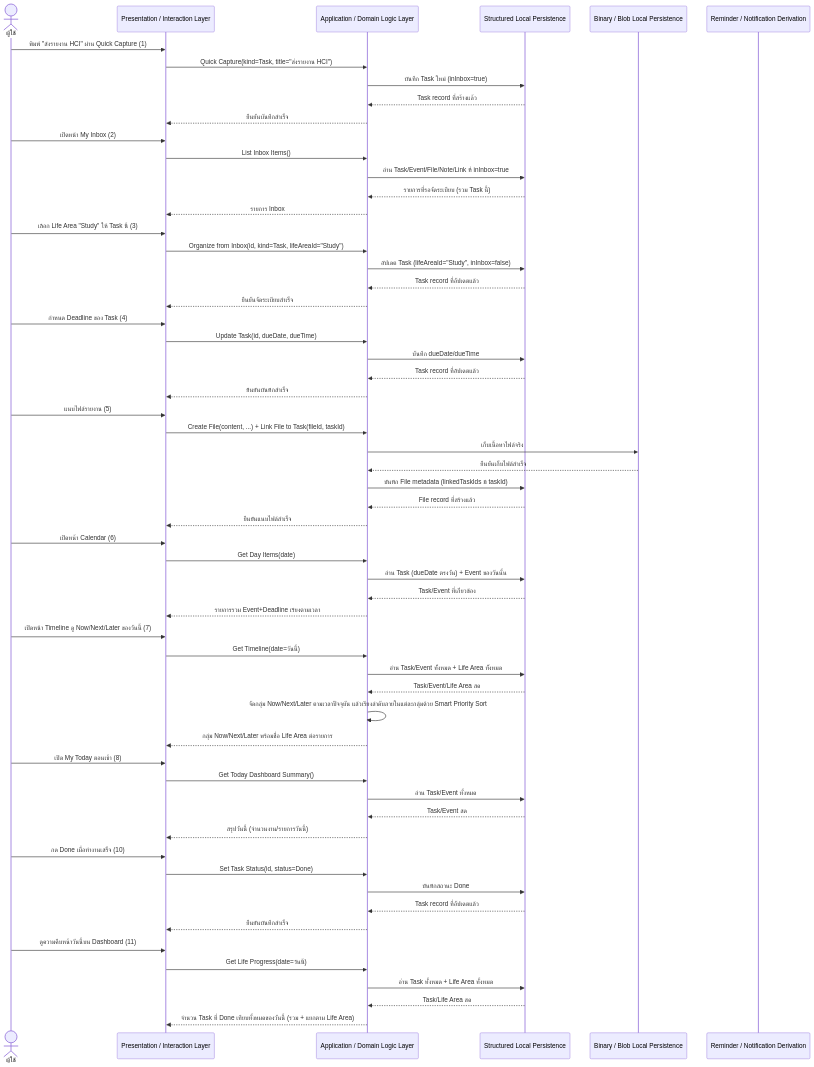
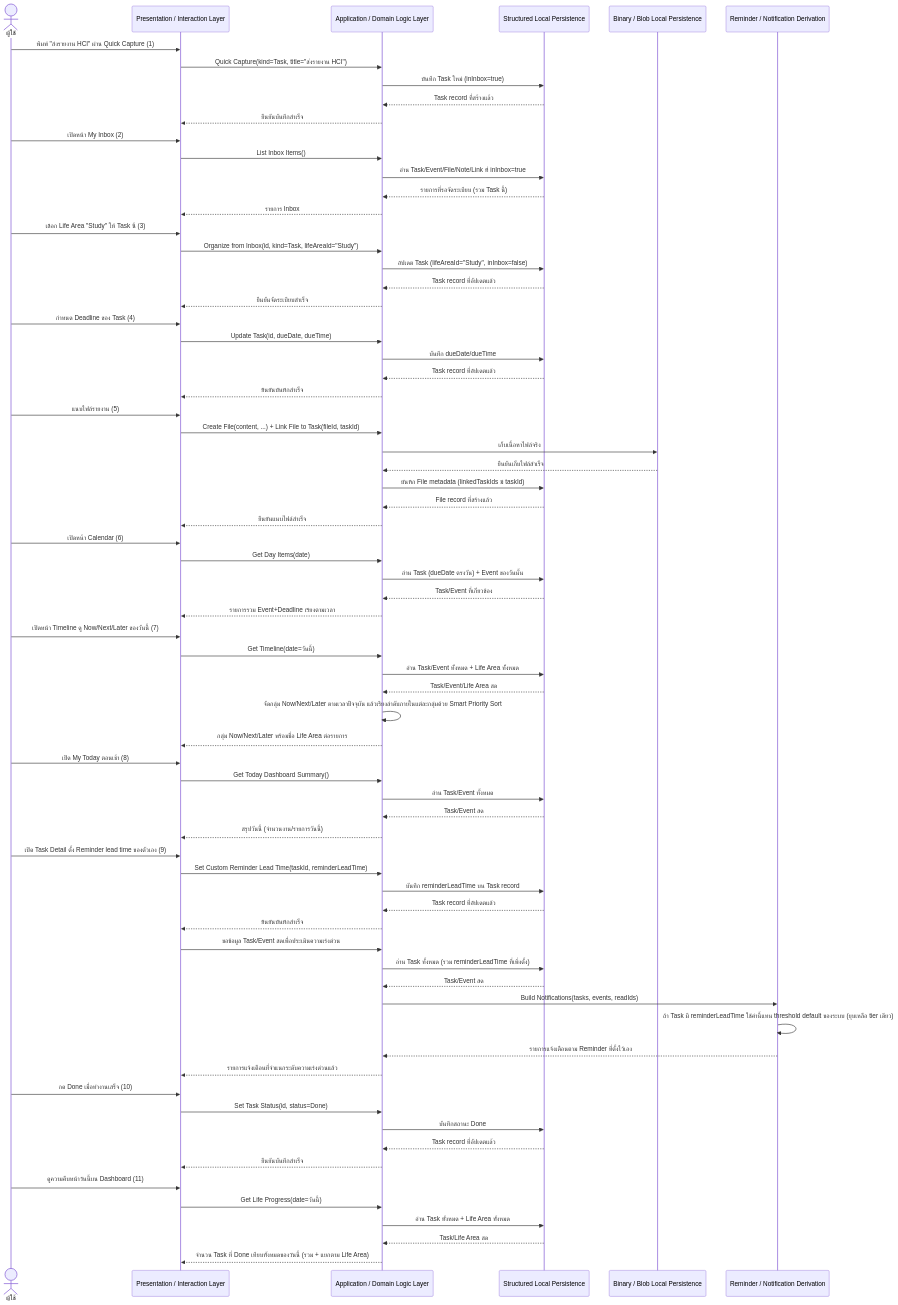
One commit to sirikorn-cmru/My-Today-Project changed the first of 7 diagrams in .docs/02-design/02-technical/detailed-design.md. Above: the diagram before and after it, drawn with Mermaid. The commit also changed other lines of this file and 8 other files, not shown here.

```diff
--- a/.docs/02-design/02-technical/detailed-design.md
+++ b/.docs/02-design/02-technical/detailed-design.md
@@ -76,6 +76,19 @@
     StructPersist-->>Domain: Task/Event สด
     Domain-->>Presentation: สรุปวันนี้ (จำนวนงาน/รายการวันนี้)
 
+    User->>Presentation: เปิด Task Detail ตั้ง Reminder lead time ของตัวเอง (9)
+    Presentation->>Domain: Set Custom Reminder Lead Time(taskId, reminderLeadTime)
+    Domain->>StructPersist: บันทึก reminderLeadTime บน Task record
+    StructPersist-->>Domain: Task record ที่อัปเดตแล้ว
+    Domain-->>Presentation: ยืนยันบันทึกสำเร็จ
+    Presentation->>Domain: ขอข้อมูล Task/Event สดเพื่อประเมินความเร่งด่วน
+    Domain->>StructPersist: อ่าน Task ทั้งหมด (รวม reminderLeadTime ที่เพิ่งตั้ง)
+    StructPersist-->>Domain: Task/Event สด
+    Domain->>Reminder: Build Notifications(tasks, events, readIds)
+    Reminder->>Reminder: ถ้า Task มี reminderLeadTime ใช้ค่านี้แทน threshold default ของระบบ (ยุบเหลือ tier เดียว)
+    Reminder-->>Domain: รายการแจ้งเตือนตาม Reminder ที่ตั้งไว้เอง
+    Domain-->>Presentation: รายการแจ้งเตือนที่จำแนกระดับความเร่งด่วนแล้ว
+
     User->>Presentation: กด Done เมื่อทำงานเสร็จ (10)
     Presentation->>Domain: Set Task Status(id, status=Done)
     Domain->>StructPersist: บันทึกสถานะ Done
```
